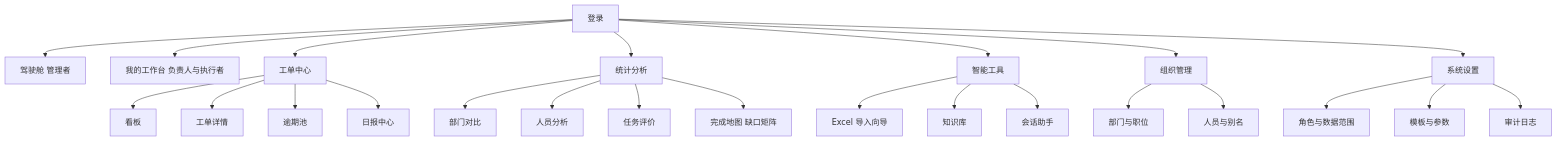
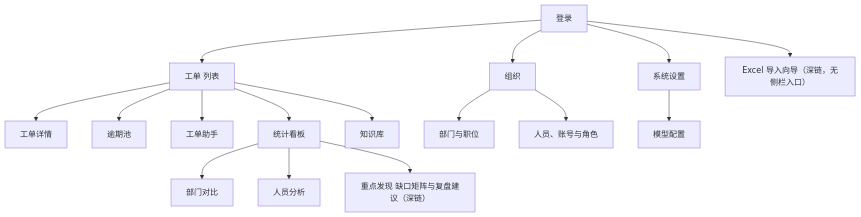
Before and after one commit to zhangxuanchen/TraceLink: diagram 12 of 13 in docs/DESIGN.md, drawn with Mermaid. The commit also changed other lines of this file and 121 other files, not shown here.

````diff
--- a/docs/DESIGN.md
+++ b/docs/DESIGN.md
@@ -2310,26 +2309,18 @@
 ```mermaid
 graph TD
-    Root["登录"] --> Dash["驾驶舱 管理者"]
-    Root --> Desk["我的工作台 负责人与执行者"]
-    Root --> Task["工单中心"]
-    Task --> Board["看板"]
+    Root["登录"] --> Task["工单 列表"]
     Task --> Detail["工单详情"]
     Task --> Overdue["逾期池"]
-    Task --> Daily["日报中心"]
-    Root --> Stat["统计分析"]
+    Task --> Chat["工单助手"]
+    Task --> Stat["统计看板"]
     Stat --> Dept["部门对比"]
     Stat --> Person["人员分析"]
-    Stat --> Review["任务评价"]
-    Stat --> Cmp["完成地图 缺口矩阵"]
-    Root --> Intel["智能工具"]
-    Intel --> Import["Excel 导入向导"]
-    Intel --> Kb["知识库"]
-    Intel --> Chat["会话助手"]
-    Root --> Org["组织管理"]
+    Stat --> Insight["重点发现 缺口矩阵与复盘建议（深链）"]
+    Task --> Kb["知识库"]
+    Root --> Org["组织"]
     Org --> DeptM["部门与职位"]
-    Org --> EmpM["人员与别名"]
+    Org --> EmpM["人员、账号与角色"]
     Root --> Set["系统设置"]
-    Set --> Perm["角色与数据范围"]
-    Set --> Dict["模板与参数"]
-    Set --> Audit["审计日志"]
+    Set --> Model["模型配置"]
+    Root --> Import["Excel 导入向导（深链，无侧栏入口）"]
 ```
````
